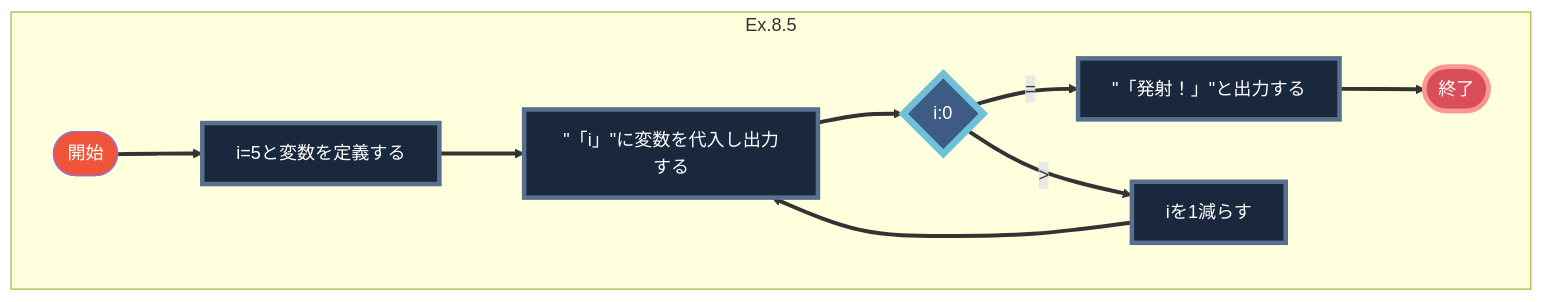
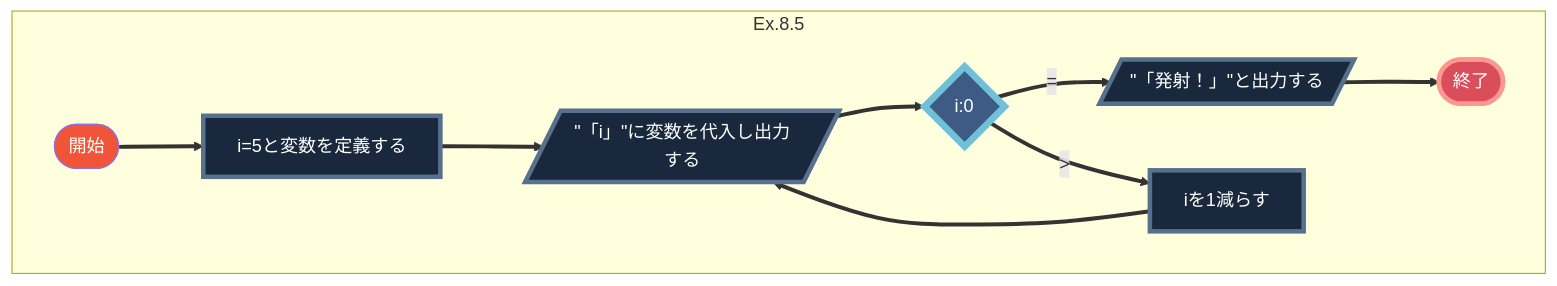
The fourth of 5 diagrams in 第15回/README.md (Shion1305/2021_YNUB1_IntroToProgramming), drawn with Mermaid before and after one commit. The commit also changed other lines of this file and 3 other files, not shown here.

````diff
--- a/第15回/README.md
+++ b/第15回/README.md
@@ -73,16 +73,16 @@
 ```mermaid
 graph TD
     subgraph Ex.8.5
     A1([開始]):::Start ==>B1[i=5と変数を定義する]
-    B1:::Operation ==> C1[&quot&#x300ci&#x300d&quotに変数を代入し出力する]:::Operation
+    B1:::Operation ==> C1[/&quot&#x300ci&#x300d&quotに変数を代入し出力する/]:::Operation
     C1 ==> C2{i:0}:::Switch
     C2 ==>| = |E1
     C2 ==>| > |D1
     D1[iを1減らす]:::Operation ==>C1
-    E1[&quot&#x300c発射&#xff01&#x300d&quotと出力する]:::Operation ==> G1([終了]):::End
+    E1[/&quot&#x300c発射&#xff01&#x300d&quotと出力する/]:::Operation ==> G1([終了]):::End
 	end
 classDef Start fill:#f0553a,color:white
 classDef Operation fill:#1a283d,stroke:#57708d,color:white,stroke-width:4px
 classDef Switch fill:#3e5b85,stroke:#70c0d8,color:white,stroke-width:6px
 classDef End fill:#d94e5a,stroke:#fa9891,color:white,stroke-width:4px
 ```
````
